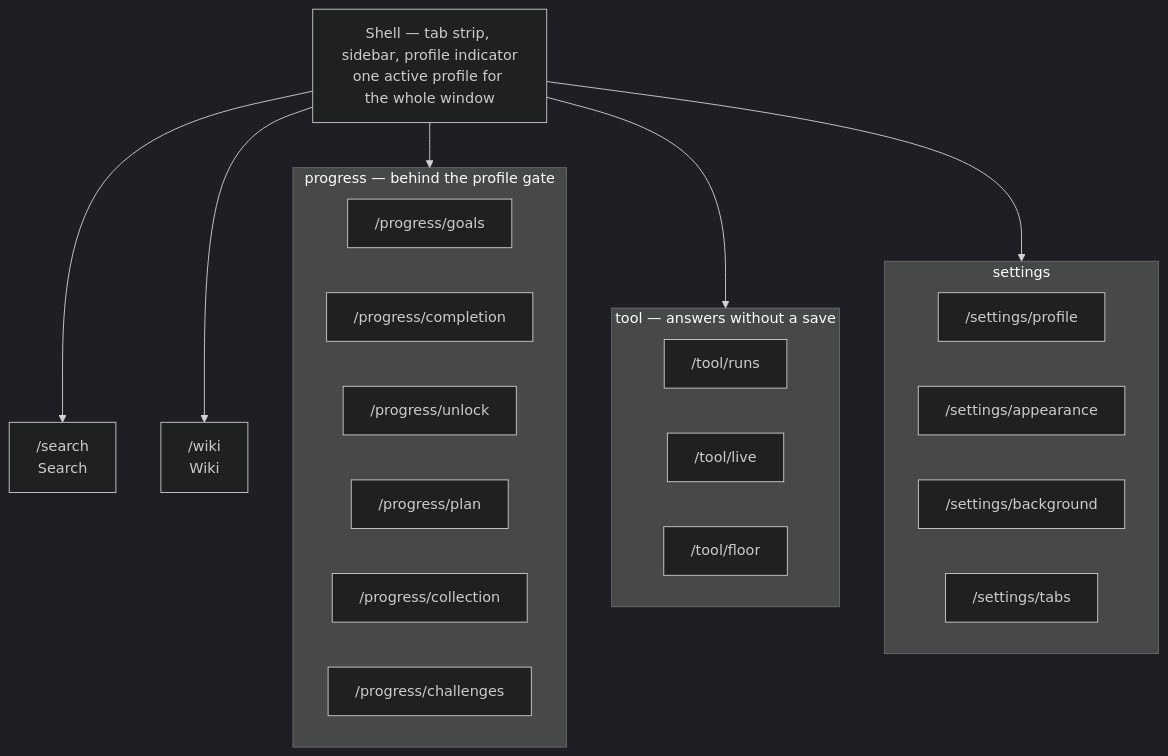
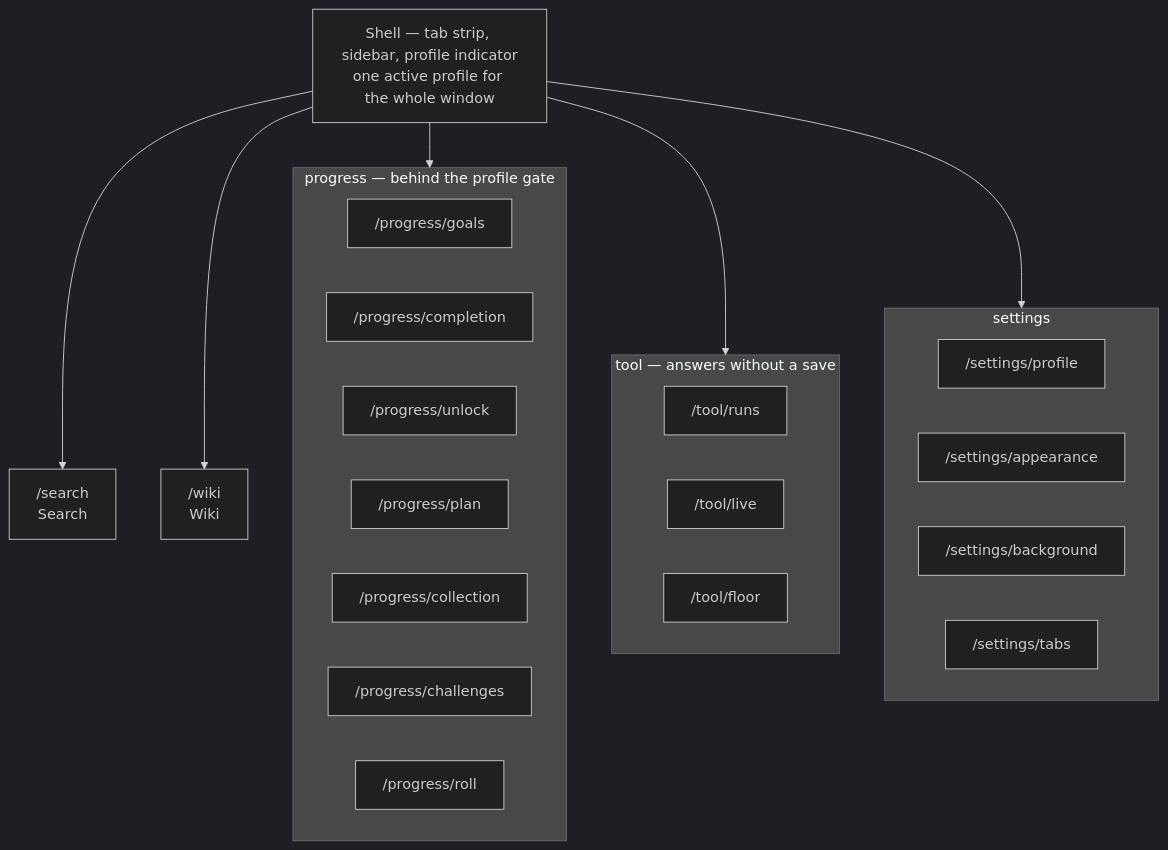
Before and after one commit to DomenghiniStefano/isaac-dome: the third of 4 diagrams in docs/architecture.md, drawn with Mermaid (dark theme). The commit also changed other lines of this file and 5 other files, not shown here.

````diff
--- a/docs/architecture.md
+++ b/docs/architecture.md
@@ -222,32 +228,33 @@
 ```mermaid
 flowchart TD
   shell["Shell — tab strip, sidebar, profile indicator<br/>one active profile for the whole window"]
 
   shell --> searchRoute["/search<br/>Search"]
   shell --> progressGroup
   shell --> toolGroup
   shell --> wikiRoute["/wiki<br/>Wiki"]
   shell --> settingsGroup
 
   subgraph progressGroup["progress — behind the profile gate"]
     goals["/progress/goals"]
     completion["/progress/completion"]
     unlock["/progress/unlock"]
     planr["/progress/plan"]
     collection["/progress/collection"]
     challengesr["/progress/challenges"]
+    rollr["/progress/roll"]
   end
 
   subgraph toolGroup["tool — answers without a save"]
     runsr["/tool/runs"]
     liver["/tool/live"]
     floorr["/tool/floor"]
   end
 
   subgraph settingsGroup["settings"]
     profiler["/settings/profile"]
     appearance["/settings/appearance"]
     background["/settings/background"]
     tabsr["/settings/tabs"]
   end
 ```
````
